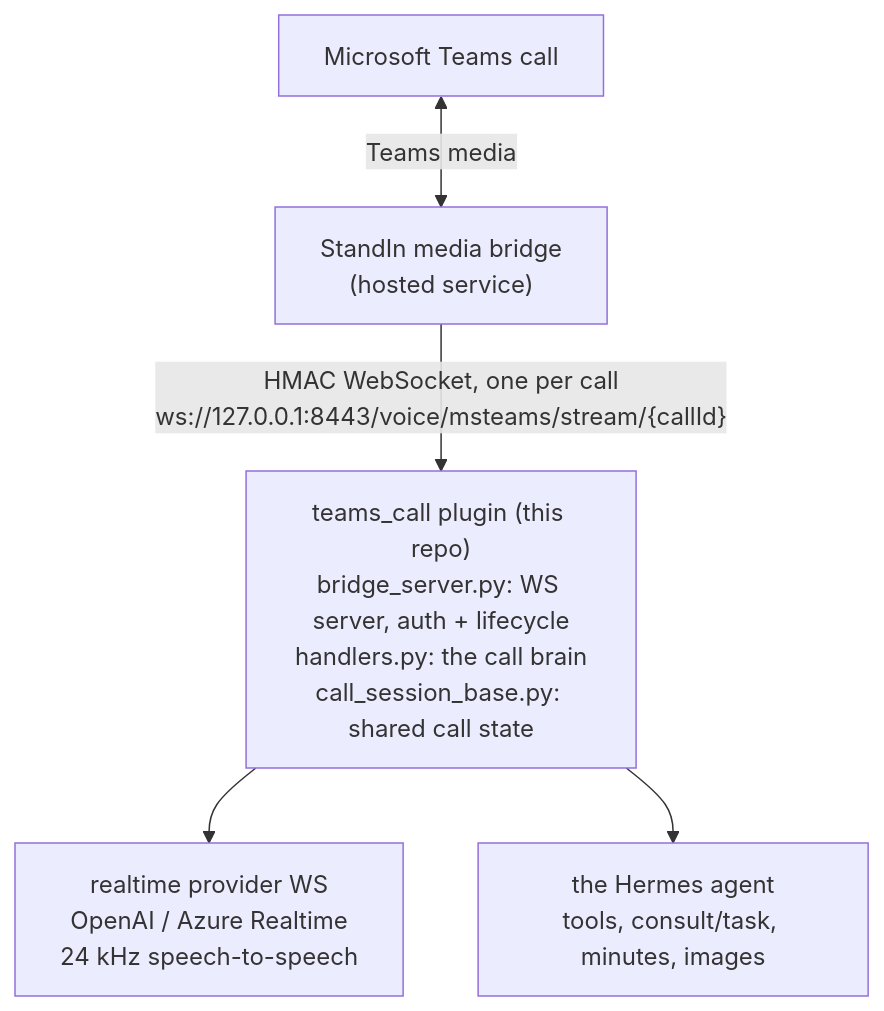
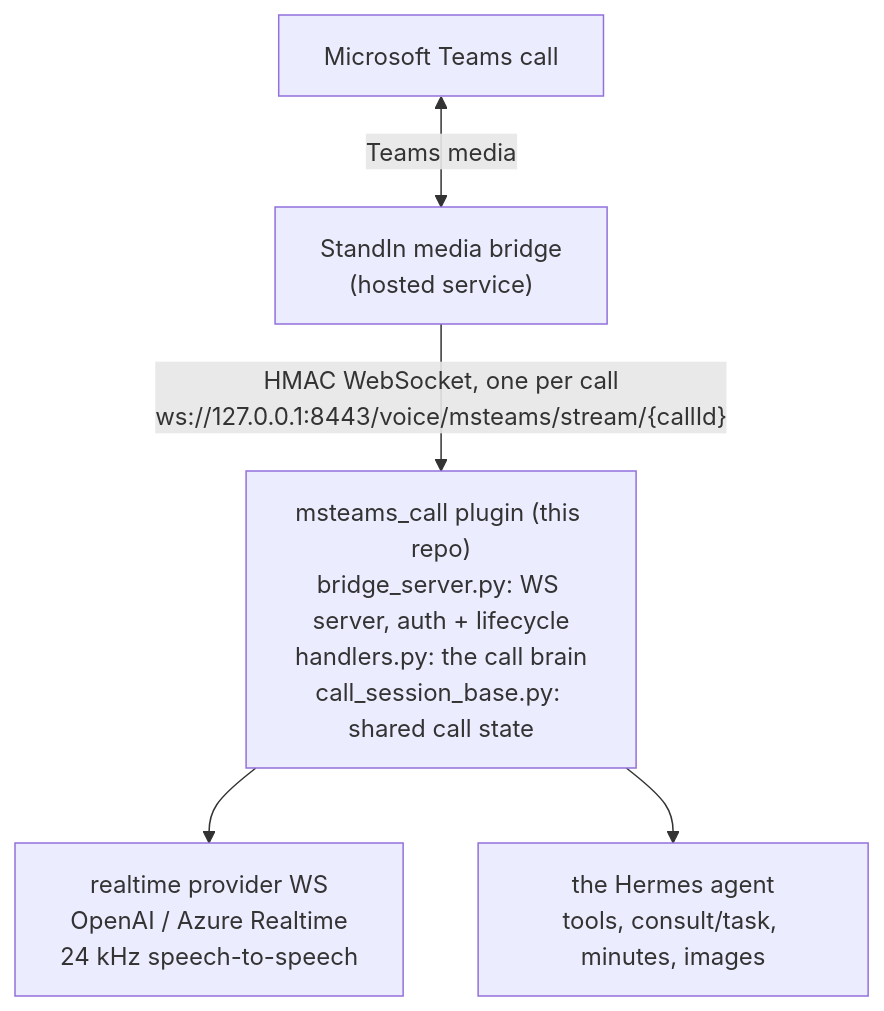
One commit to komaa-com/hermes-msteams-bridge changed the first of 3 diagrams in website/src/content/docs/architecture.md. Above: the diagram before and after it, drawn with Mermaid. The commit also changed other lines of this file and 20 other files, not shown here.

````diff
--- a/website/src/content/docs/architecture.md
+++ b/website/src/content/docs/architecture.md
@@ -16,12 +16,12 @@
 ```mermaid
 flowchart TD
     Teams["Microsoft Teams call"]
     Bridge["StandIn media bridge<br/>(hosted service)"]
-    Plugin["teams_call plugin (this repo)<br/>bridge_server.py: WS server, auth + lifecycle<br/>handlers.py: the call brain<br/>call_session_base.py: shared call state"]
+    Plugin["msteams_call plugin (this repo)<br/>bridge_server.py: WS server, auth + lifecycle<br/>handlers.py: the call brain<br/>call_session_base.py: shared call state"]
     Provider["realtime provider WS<br/>OpenAI / Azure Realtime<br/>24 kHz speech-to-speech"]
     Agent["the Hermes agent<br/>tools, consult/task, minutes, images"]
     Teams <-->|Teams media| Bridge
     Bridge -->|"HMAC WebSocket, one per call<br/>ws://127.0.0.1:8443/voice/msteams/stream/{callId}"| Plugin
     Plugin --> Provider
     Plugin --> Agent
 ```
````
